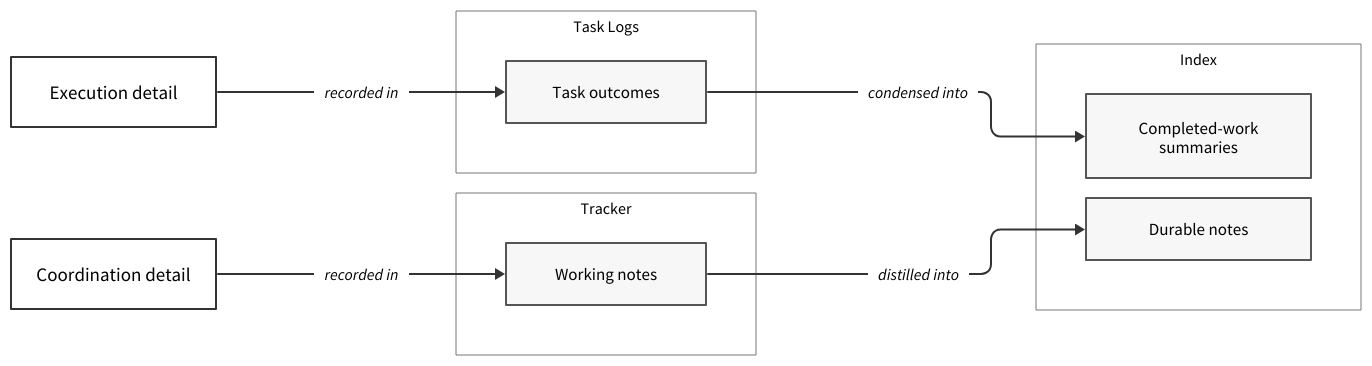
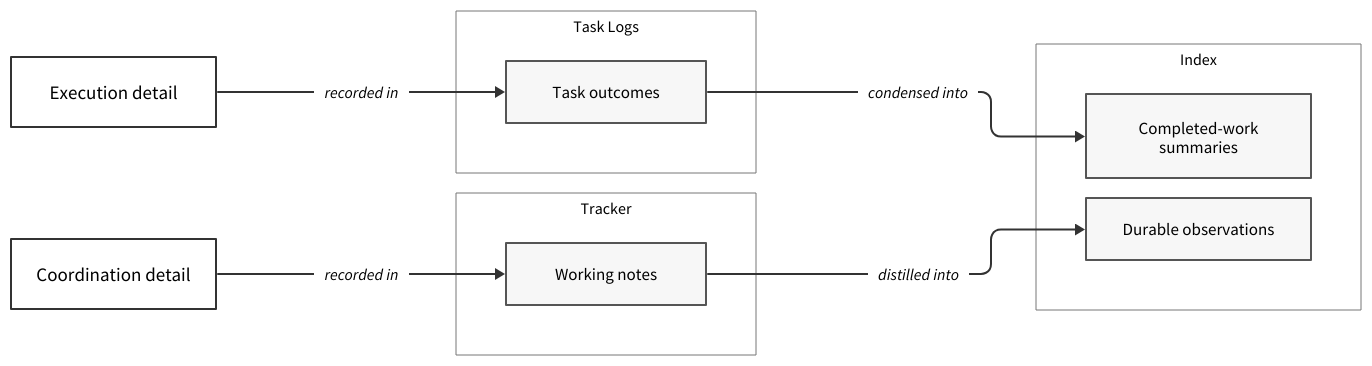
Before and after one commit to sdi2200262/bsc-apm-thesis: the diagram in diagrams/framework-design/state-reduction.d2, drawn with D2. The commit also changed 2 other files, not shown here.

Commit message:
chore(thesis): tidy framework-design diagram sources and figure labels

```diff
--- a/diagrams/framework-design/state-reduction.d2
+++ b/diagrams/framework-design/state-reduction.d2
@@ -1,159 +1,159 @@
 direction: right
 
 vars: {
   d2-config: {
     layout-engine: elk
     theme-id: 0
     pad: 18
     center: true
   }
 }
 
 classes: {
   actor: {
     style: {
       fill: "#ffffff"
       stroke: "#333333"
       stroke-width: 2
       font-color: "#000000"
       font-size: 19
       bold: false
       border-radius: 0
       shadow: false
     }
   }
   artefact: {
     style: {
       fill: "#f7f7f7"
       stroke: "#555555"
       stroke-width: 2
       font-color: "#000000"
       font-size: 17
       bold: false
       border-radius: 0
       shadow: false
     }
   }
   holder: {
     style: {
       fill: "#ffffff"
       stroke: "#777777"
       stroke-width: 1
       font-color: "#000000"
       font-size: 16
       bold: false
       border-radius: 0
       shadow: false
     }
   }
   annotation: {
     shape: rectangle
     width: 230
     height: 38
     style: {
       fill: transparent
       stroke: transparent
       font-color: "#333333"
       font-size: 17
       bold: false
       italic: true
     }
   }
 }
 
 execution: {
   label: Execution detail
   class: actor
   width: 205
   height: 70
 }
 
 coordination: {
   label: Coordination detail
   class: actor
   width: 205
   height: 70
 }
 
 task_logs: {
   label: Task Logs
   class: holder
 
   outcomes: {
     label: Task outcomes
     class: artefact
     width: 200
     height: 62
   }
 }
 
 tracker: {
   label: Tracker
   class: holder
 
   working_notes: {
     label: Working notes
     class: artefact
     width: 200
     height: 62
   }
 }
 
 index: {
   label: Index
   class: holder
 
   completed_work: {
     label: "Completed-work\nsummaries"
     class: artefact
     width: 225
     height: 84
   }
 
   durable_notes: {
-    label: Durable notes
+    label: Durable observations
     class: artefact
     width: 225
     height: 62
   }
 }
 
 execution -> task_logs.outcomes: " recorded in " {
   style: {
     stroke: "#333333"
     stroke-width: 2
     font-color: "#000000"
     font-size: 16
     border-radius: 10
   }
 }
 
 task_logs.outcomes -> index.completed_work: " condensed into " {
   style: {
     stroke: "#333333"
     stroke-width: 2
     font-color: "#000000"
     font-size: 16
     border-radius: 10
   }
 }
 
 coordination -> tracker.working_notes: " recorded in " {
   style: {
     stroke: "#333333"
     stroke-width: 2
     font-color: "#000000"
     font-size: 16
     border-radius: 10
   }
 }
 
 tracker.working_notes -> index.durable_notes: " distilled into " {
   style: {
     stroke: "#333333"
     stroke-width: 2
     font-color: "#000000"
     font-size: 16
     border-radius: 10
   }
 }
```
